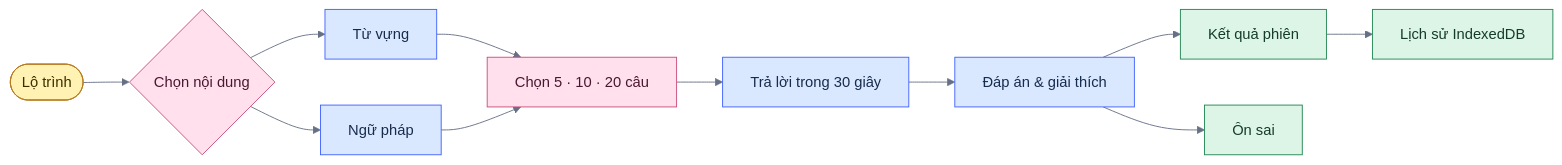
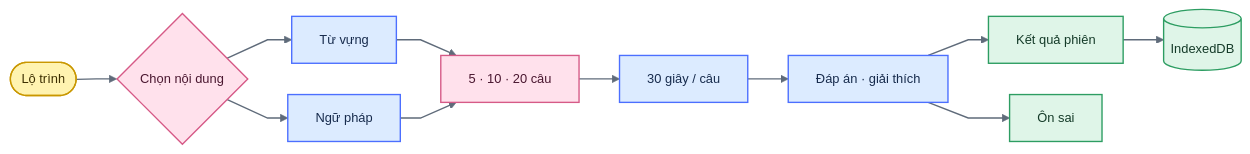
Before and after one commit to thangldw/thangldw.github.io: the diagram in apps/bjt-study/design-qa.md, drawn with Mermaid. The commit also changed other lines of this file and 7 other files, not shown here.

Commit message:
docs: clean repository guides and diagrams

````diff
--- a/apps/bjt-study/design-qa.md
+++ b/apps/bjt-study/design-qa.md
@@ -11,23 +11,24 @@
 ```mermaid
-%%{init: {"theme":"base","themeVariables":{"fontFamily":"Inter, Arial, sans-serif","lineColor":"#667085","primaryTextColor":"#172B4D"}}}%%
+%%{init: {"theme":"base","flowchart":{"curve":"linear","nodeSpacing":34,"rankSpacing":44},"themeVariables":{"fontFamily":"Inter, Arial, sans-serif","fontSize":"14px","lineColor":"#5F6B7A","primaryTextColor":"#1F2937","clusterBkg":"#FFFFFF","clusterBorder":"#CBD5E1"}}}%%
 flowchart LR
   Path(["Lộ trình"]) --> Subject{"Chọn nội dung"}
   Subject --> Vocabulary["Từ vựng"]
   Subject --> Grammar["Ngữ pháp"]
-  Vocabulary --> Setup["Chọn 5 · 10 · 20 câu"]
+  Vocabulary --> Setup["5 · 10 · 20 câu"]
   Grammar --> Setup
-  Setup --> Timed["Trả lời trong 30 giây"]
-  Timed --> Feedback["Đáp án & giải thích"]
+  Setup --> Timed["30 giây / câu"]
+  Timed --> Feedback["Đáp án · giải thích"]
   Feedback --> Result["Kết quả phiên"]
-  Result --> History["Lịch sử IndexedDB"]
   Feedback --> Review["Ôn sai"]
+  Result --> History[("IndexedDB")]
 
-  classDef yellow fill:#FFF2B2,stroke:#B7791F,color:#3B2F00,stroke-width:1px;
-  classDef blue fill:#D9E8FF,stroke:#4262FF,color:#172B4D,stroke-width:1px;
-  classDef green fill:#DDF5E7,stroke:#238653,color:#153B29,stroke-width:1px;
-  classDef pink fill:#FFE0EC,stroke:#C94F7C,color:#4A1730,stroke-width:1px;
-  class Path yellow;
-  class Subject,Setup pink;
-  class Vocabulary,Grammar,Timed,Feedback blue;
-  class Result,History,Review green;
+  classDef stickyYellow fill:#FFF3B0,stroke:#C99700,color:#3D2F00,stroke-width:1.5px;
+  classDef stickyBlue fill:#DCEBFF,stroke:#4C6FFF,color:#172B4D,stroke-width:1.5px;
+  classDef stickyPink fill:#FFE1EC,stroke:#D65A87,color:#4A1730,stroke-width:1.5px;
+  classDef stickyGreen fill:#DFF5E8,stroke:#2D9D62,color:#153B29,stroke-width:1.5px;
+  class Path stickyYellow;
+  class Vocabulary,Grammar,Timed,Feedback stickyBlue;
+  class Subject,Setup stickyPink;
+  class Result,Review,History stickyGreen;
+  linkStyle default stroke:#5F6B7A,stroke-width:1.5px;
 ```
````
